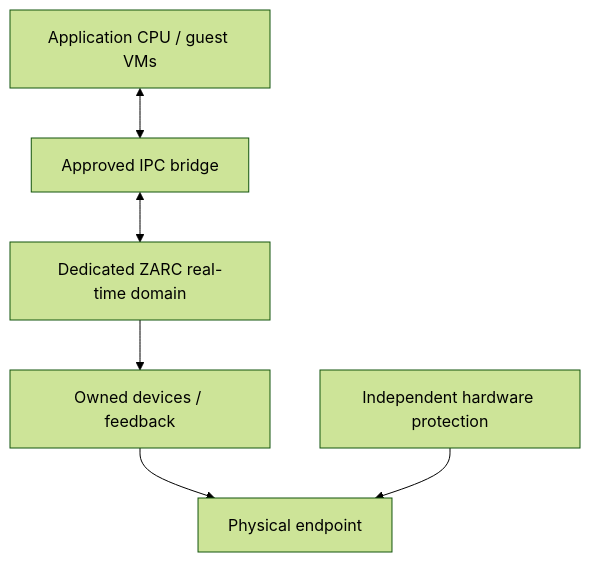
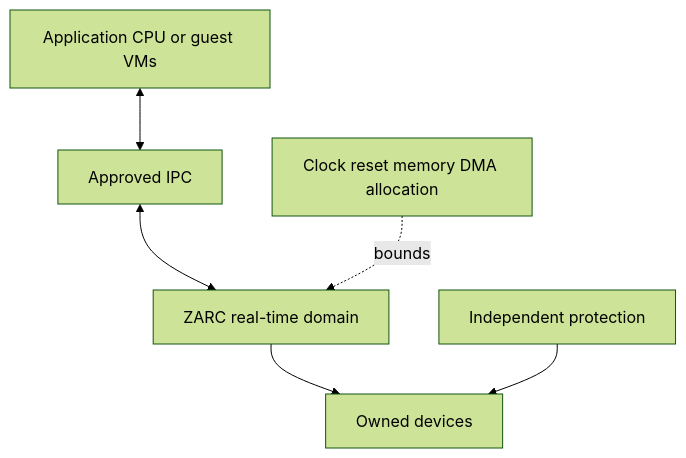
One commit to susmithmrm/ZARC changed the seventh of 26 diagrams in docs/architecture/diagrams/README.md. Above: the diagram before and after it, drawn with Mermaid (forest theme). The commit also changed other lines of this file and 26 other files, not shown here.

Commit message:
Rework 22 architecture diagrams and add component, visibility and lifecycle views

````diff
--- a/docs/architecture/diagrams/README.md
+++ b/docs/architecture/diagrams/README.md
@@ -142,16 +89,8 @@
 ```mermaid
 flowchart TD
-  %% Integrated real-time core profile
-  N0_0["Application CPU / guest VMs"]
-  N1_0["Approved IPC bridge"]
-  N2_0["Dedicated ZARC real-time domain"]
-  N3_0["Owned devices / feedback"]
-  N3_1["Independent hardware protection"]
-  N4_0["Physical endpoint"]
-  N0_0 <--> N1_0
-  N1_0 <--> N2_0
-  N2_0 --> N3_0
-  N3_0 --> N4_0
-  N3_1 --> N4_0
-  %% Shared resource, reset, clock, memory and DMA boundaries require evidence; external MCU fallback.
+  H[Application CPU or guest VMs] <--> I[Approved IPC]
+  I <--> R[ZARC real-time domain]
+  R --> D[Owned devices]
+  P[Independent protection] --> D
+  B[Clock reset memory DMA allocation] -. bounds .-> R
 ```
````
